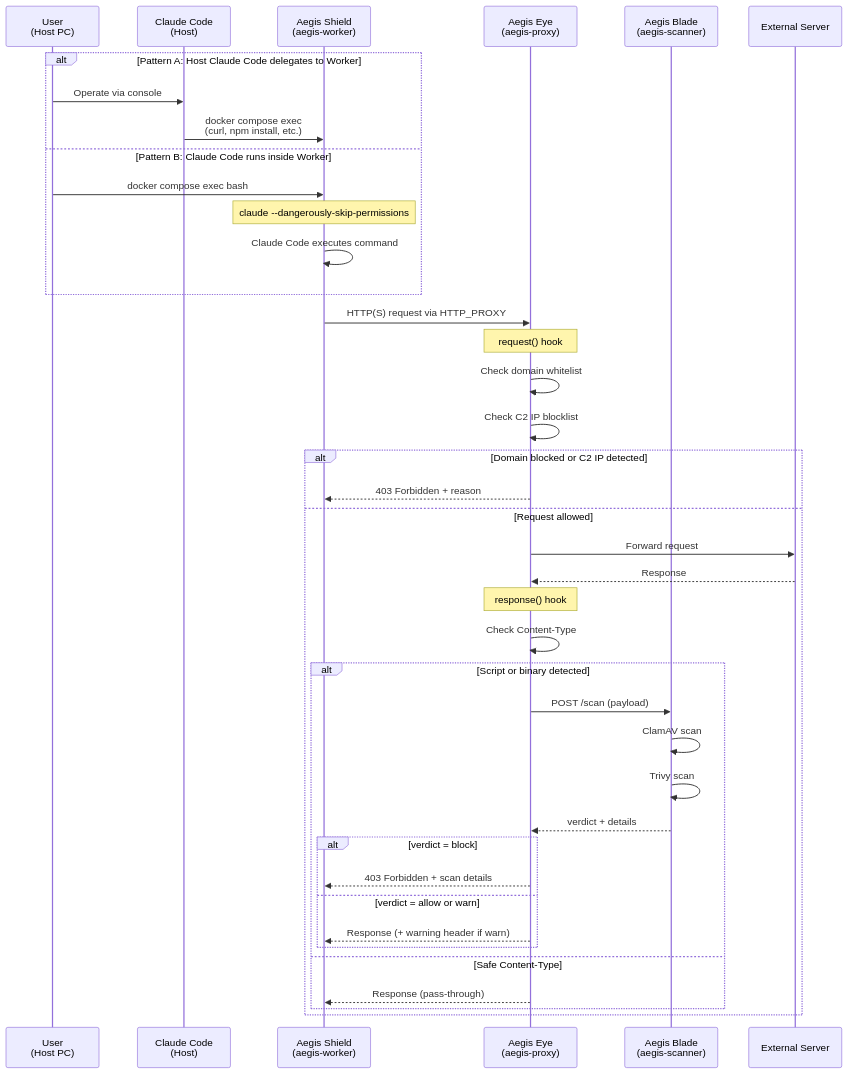
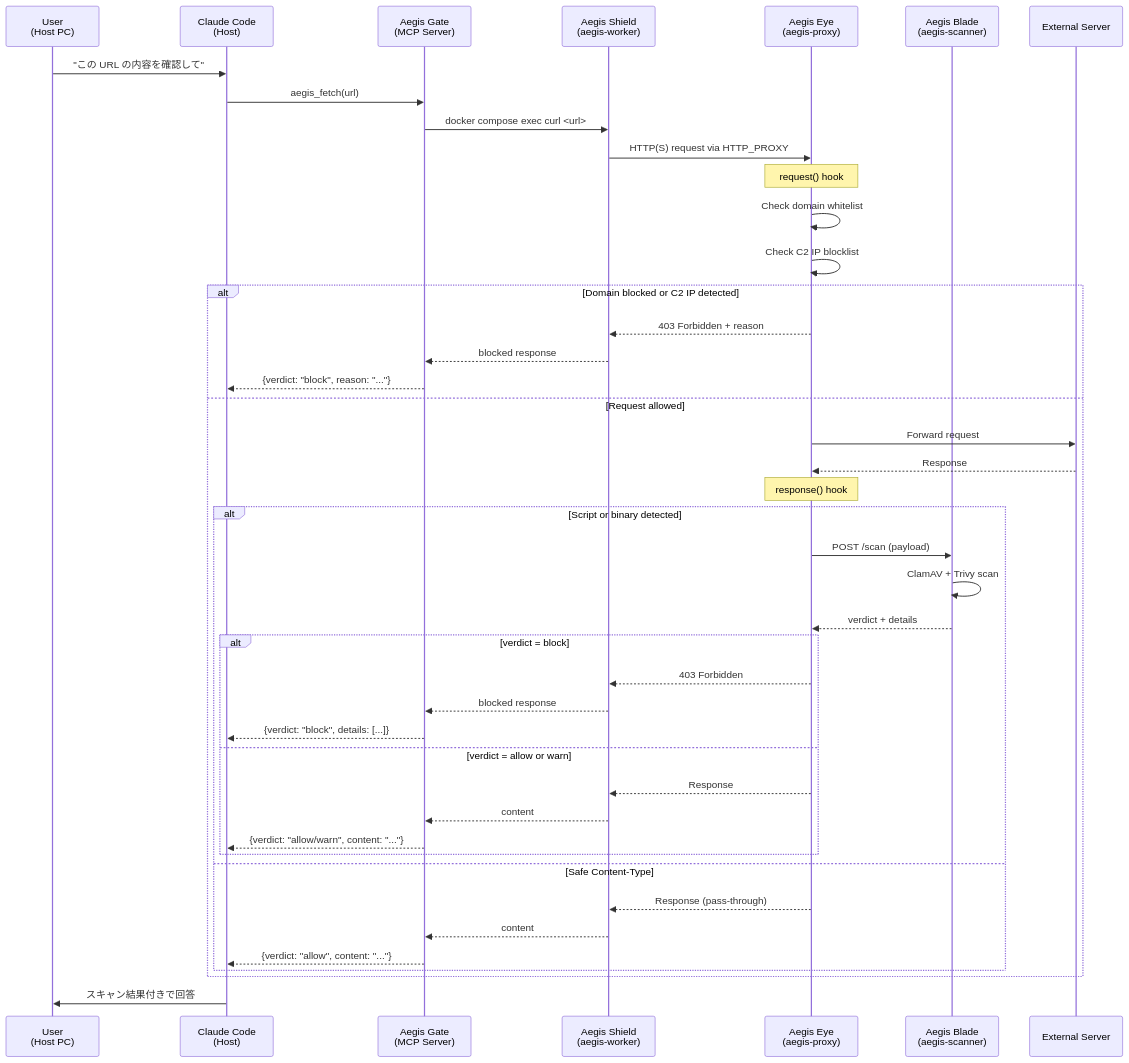
The second of 4 diagrams in docs/architecture.md (hdknr/aegis), drawn with Mermaid before and after one commit. The commit also changed other lines of this file and 5 other files, not shown here.

First line of the commit message:
docs: add Aegis Gate (MCP Server / CLI) as integration layer

````diff
--- a/docs/architecture.md
+++ b/docs/architecture.md
@@ -46,49 +57,53 @@
 ```mermaid
 sequenceDiagram
     participant User as User<br/>(Host PC)
     participant Claude as Claude Code<br/>(Host)
+    participant Gate as Aegis Gate<br/>(MCP Server)
     participant Worker as Aegis Shield<br/>(aegis-worker)
     participant Proxy as Aegis Eye<br/>(aegis-proxy)
     participant Scanner as Aegis Blade<br/>(aegis-scanner)
     participant Ext as External Server
 
-    alt Pattern A: Host Claude Code delegates to Worker
-        User->>Claude: Operate via console
-        Claude->>Worker: docker compose exec<br/>(curl, npm install, etc.)
-    else Pattern B: Claude Code runs inside Worker
-        User->>Worker: docker compose exec bash
-        Note over Worker: claude --dangerously-skip-permissions
-        Worker->>Worker: Claude Code executes command
-    end
+    User->>Claude: "この URL の内容を確認して"
+    Claude->>Gate: aegis_fetch(url)
+    Gate->>Worker: docker compose exec curl <url>
 
     Worker->>Proxy: HTTP(S) request via HTTP_PROXY
 
     Note over Proxy: request() hook
     Proxy->>Proxy: Check domain whitelist
     Proxy->>Proxy: Check C2 IP blocklist
 
     alt Domain blocked or C2 IP detected
         Proxy-->>Worker: 403 Forbidden + reason
+        Worker-->>Gate: blocked response
+        Gate-->>Claude: {verdict: "block", reason: "..."}
     else Request allowed
         Proxy->>Ext: Forward request
         Ext-->>Proxy: Response
 
         Note over Proxy: response() hook
-        Proxy->>Proxy: Check Content-Type
 
         alt Script or binary detected
             Proxy->>Scanner: POST /scan (payload)
-            Scanner->>Scanner: ClamAV scan
-            Scanner->>Scanner: Trivy scan
+            Scanner->>Scanner: ClamAV + Trivy scan
             Scanner-->>Proxy: verdict + details
 
             alt verdict = block
-                Proxy-->>Worker: 403 Forbidden + scan details
+                Proxy-->>Worker: 403 Forbidden
+                Worker-->>Gate: blocked response
+                Gate-->>Claude: {verdict: "block", details: [...]}
             else verdict = allow or warn
-                Proxy-->>Worker: Response (+ warning header if warn)
+                Proxy-->>Worker: Response
+                Worker-->>Gate: content
+                Gate-->>Claude: {verdict: "allow/warn", content: "..."}
             end
         else Safe Content-Type
             Proxy-->>Worker: Response (pass-through)
+            Worker-->>Gate: content
+            Gate-->>Claude: {verdict: "allow", content: "..."}
         end
     end
+
+    Claude->>User: スキャン結果付きで回答
 ```
````
